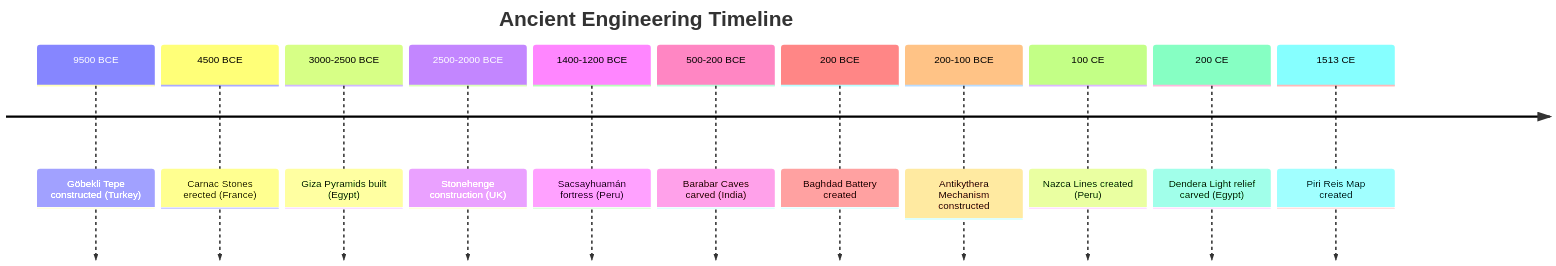
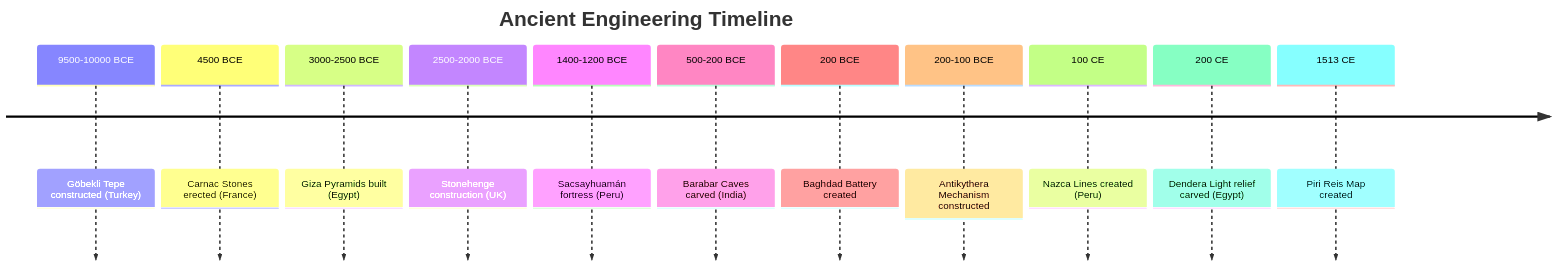
Before and after one commit to McWut-src/AncientAnomalies: the second of 4 diagrams in README.md, drawn with Mermaid. The commit also changed other lines of this file and 3 other files, not shown here.

````diff
--- a/README.md
+++ b/README.md
@@ -265,15 +265,15 @@
 ```mermaid
 timeline
     title Ancient Engineering Timeline
-    9500 BCE : Göbekli Tepe constructed (Turkey)
+    9500-10000 BCE : Göbekli Tepe constructed (Turkey)
     4500 BCE : Carnac Stones erected (France)
     3000-2500 BCE : Giza Pyramids built (Egypt)
     2500-2000 BCE : Stonehenge construction (UK)
     1400-1200 BCE : Sacsayhuamán fortress (Peru)
     500-200 BCE : Barabar Caves carved (India)
     200 BCE : Baghdad Battery created
     200-100 BCE : Antikythera Mechanism constructed
     100 CE : Nazca Lines created (Peru)
     200 CE : Dendera Light relief carved (Egypt)
     1513 CE : Piri Reis Map created
 ```
````
